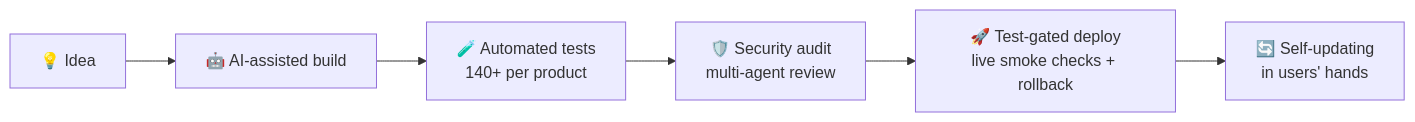
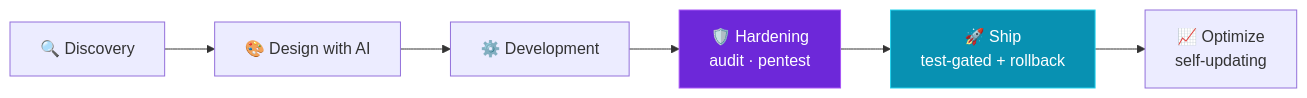
Before and after one commit to athulrajpalayi/athulrajpalayi: the diagram in README.md, drawn with Mermaid. The commit also changed other lines of this file, not shown here.

````diff
--- a/README.md
+++ b/README.md
@@ -27,4 +51,6 @@
 ```mermaid
 flowchart LR
-    A["💡 Idea"] --> B["🤖 AI-assisted build"] --> C["🧪 Automated tests<br/>140+ per product"] --> D["🛡️ Security audit<br/>multi-agent review"] --> E["🚀 Test-gated deploy<br/>live smoke checks + rollback"] --> F["🔄 Self-updating<br/>in users' hands"]
+    A["🔍 Discovery"] --> B["🎨 Design with AI"] --> C["⚙️ Development"] --> D["🛡️ Hardening<br/>audit · pentest"] --> E["🚀 Ship<br/>test-gated + rollback"] --> F["📈 Optimize<br/>self-updating"]
+    style D fill:#6d28d9,stroke:#a855f7,color:#fff
+    style E fill:#0891b2,stroke:#22d3ee,color:#fff
 ```
````
